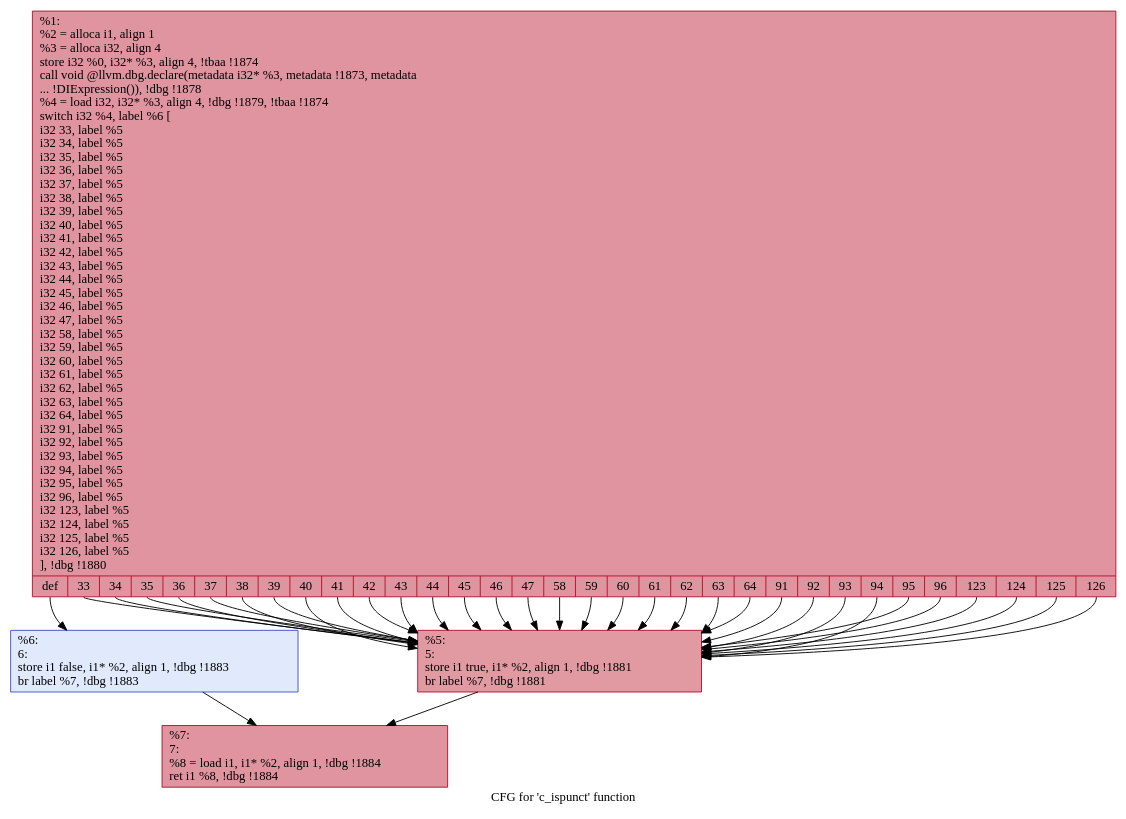
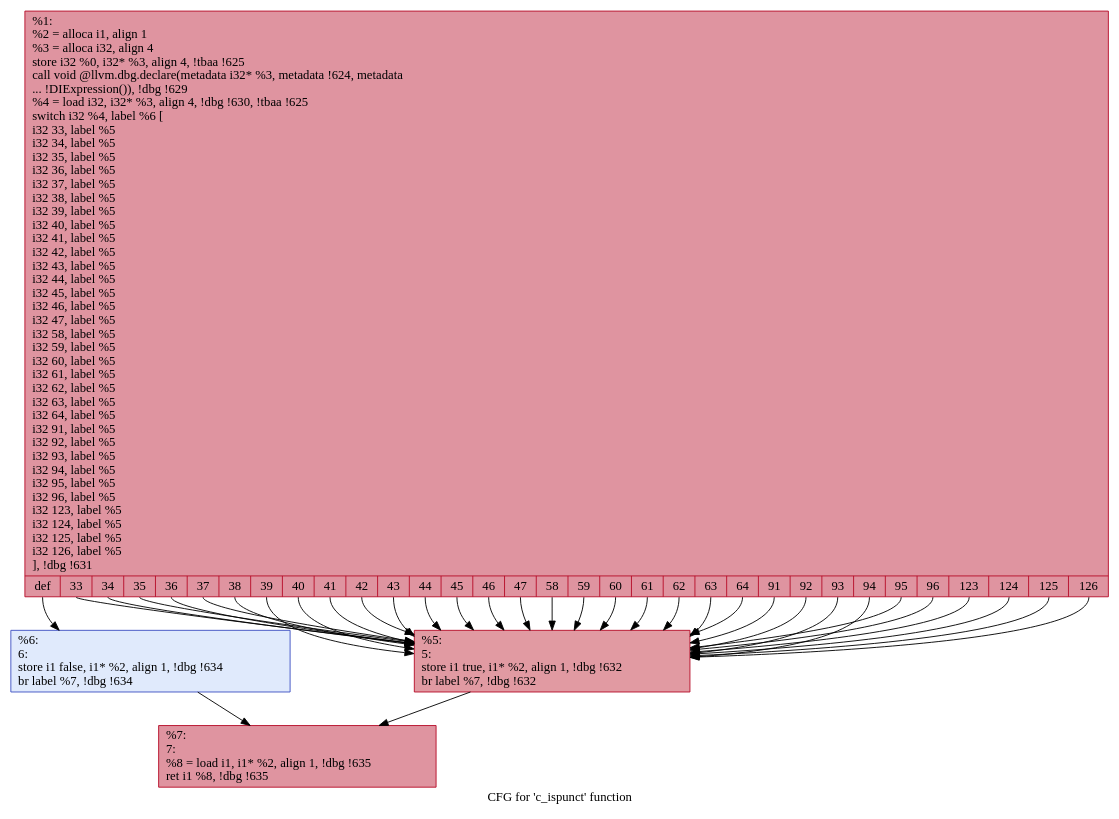
Before and after one commit to hmc-alpaqa/metrinome: the diagram in src/experiments/coreutils/.c_ispunct.dot, drawn with Graphviz. The commit also changed 490 other files, not shown here.

Commit message:
success graph simplifying on true.bc

```diff
--- a/src/experiments/coreutils/.c_ispunct.dot
+++ b/src/experiments/coreutils/.c_ispunct.dot
@@ -1,43 +1,43 @@
 digraph "CFG for 'c_ispunct' function" {
 	label="CFG for 'c_ispunct' function";
 
-	Node0xa04340 [shape=record,color="#b70d28ff", style=filled, fillcolor="#b70d2870",label="{%1:\l  %2 = alloca i1, align 1\l  %3 = alloca i32, align 4\l  store i32 %0, i32* %3, align 4, !tbaa !1874\l  call void @llvm.dbg.declare(metadata i32* %3, metadata !1873, metadata\l... !DIExpression()), !dbg !1878\l  %4 = load i32, i32* %3, align 4, !dbg !1879, !tbaa !1874\l  switch i32 %4, label %6 [\l    i32 33, label %5\l    i32 34, label %5\l    i32 35, label %5\l    i32 36, label %5\l    i32 37, label %5\l    i32 38, label %5\l    i32 39, label %5\l    i32 40, label %5\l    i32 41, label %5\l    i32 42, label %5\l    i32 43, label %5\l    i32 44, label %5\l    i32 45, label %5\l    i32 46, label %5\l    i32 47, label %5\l    i32 58, label %5\l    i32 59, label %5\l    i32 60, label %5\l    i32 61, label %5\l    i32 62, label %5\l    i32 63, label %5\l    i32 64, label %5\l    i32 91, label %5\l    i32 92, label %5\l    i32 93, label %5\l    i32 94, label %5\l    i32 95, label %5\l    i32 96, label %5\l    i32 123, label %5\l    i32 124, label %5\l    i32 125, label %5\l    i32 126, label %5\l  ], !dbg !1880\l|{<s0>def|<s1>33|<s2>34|<s3>35|<s4>36|<s5>37|<s6>38|<s7>39|<s8>40|<s9>41|<s10>42|<s11>43|<s12>44|<s13>45|<s14>46|<s15>47|<s16>58|<s17>59|<s18>60|<s19>61|<s20>62|<s21>63|<s22>64|<s23>91|<s24>92|<s25>93|<s26>94|<s27>95|<s28>96|<s29>123|<s30>124|<s31>125|<s32>126}}"];
-	Node0xa04340:s0 -> Node0xa021d0;
-	Node0xa04340:s1 -> Node0xa02180;
-	Node0xa04340:s2 -> Node0xa02180;
-	Node0xa04340:s3 -> Node0xa02180;
-	Node0xa04340:s4 -> Node0xa02180;
-	Node0xa04340:s5 -> Node0xa02180;
-	Node0xa04340:s6 -> Node0xa02180;
-	Node0xa04340:s7 -> Node0xa02180;
-	Node0xa04340:s8 -> Node0xa02180;
-	Node0xa04340:s9 -> Node0xa02180;
-	Node0xa04340:s10 -> Node0xa02180;
-	Node0xa04340:s11 -> Node0xa02180;
-	Node0xa04340:s12 -> Node0xa02180;
-	Node0xa04340:s13 -> Node0xa02180;
-	Node0xa04340:s14 -> Node0xa02180;
-	Node0xa04340:s15 -> Node0xa02180;
-	Node0xa04340:s16 -> Node0xa02180;
-	Node0xa04340:s17 -> Node0xa02180;
-	Node0xa04340:s18 -> Node0xa02180;
-	Node0xa04340:s19 -> Node0xa02180;
-	Node0xa04340:s20 -> Node0xa02180;
-	Node0xa04340:s21 -> Node0xa02180;
-	Node0xa04340:s22 -> Node0xa02180;
-	Node0xa04340:s23 -> Node0xa02180;
-	Node0xa04340:s24 -> Node0xa02180;
-	Node0xa04340:s25 -> Node0xa02180;
-	Node0xa04340:s26 -> Node0xa02180;
-	Node0xa04340:s27 -> Node0xa02180;
-	Node0xa04340:s28 -> Node0xa02180;
-	Node0xa04340:s29 -> Node0xa02180;
-	Node0xa04340:s30 -> Node0xa02180;
-	Node0xa04340:s31 -> Node0xa02180;
-	Node0xa04340:s32 -> Node0xa02180;
-	Node0xa02180 [shape=record,color="#b70d28ff", style=filled, fillcolor="#bb1b2c70",label="{%5:\l5:                                                \l  store i1 true, i1* %2, align 1, !dbg !1881\l  br label %7, !dbg !1881\l}"];
-	Node0xa02180 -> Node0xa02220;
-	Node0xa021d0 [shape=record,color="#3d50c3ff", style=filled, fillcolor="#b9d0f970",label="{%6:\l6:                                                \l  store i1 false, i1* %2, align 1, !dbg !1883\l  br label %7, !dbg !1883\l}"];
-	Node0xa021d0 -> Node0xa02220;
-	Node0xa02220 [shape=record,color="#b70d28ff", style=filled, fillcolor="#b70d2870",label="{%7:\l7:                                                \l  %8 = load i1, i1* %2, align 1, !dbg !1884\l  ret i1 %8, !dbg !1884\l}"];
+	Node0x1d90210 [shape=record,color="#b70d28ff", style=filled, fillcolor="#b70d2870",label="{%1:\l  %2 = alloca i1, align 1\l  %3 = alloca i32, align 4\l  store i32 %0, i32* %3, align 4, !tbaa !625\l  call void @llvm.dbg.declare(metadata i32* %3, metadata !624, metadata\l... !DIExpression()), !dbg !629\l  %4 = load i32, i32* %3, align 4, !dbg !630, !tbaa !625\l  switch i32 %4, label %6 [\l    i32 33, label %5\l    i32 34, label %5\l    i32 35, label %5\l    i32 36, label %5\l    i32 37, label %5\l    i32 38, label %5\l    i32 39, label %5\l    i32 40, label %5\l    i32 41, label %5\l    i32 42, label %5\l    i32 43, label %5\l    i32 44, label %5\l    i32 45, label %5\l    i32 46, label %5\l    i32 47, label %5\l    i32 58, label %5\l    i32 59, label %5\l    i32 60, label %5\l    i32 61, label %5\l    i32 62, label %5\l    i32 63, label %5\l    i32 64, label %5\l    i32 91, label %5\l    i32 92, label %5\l    i32 93, label %5\l    i32 94, label %5\l    i32 95, label %5\l    i32 96, label %5\l    i32 123, label %5\l    i32 124, label %5\l    i32 125, label %5\l    i32 126, label %5\l  ], !dbg !631\l|{<s0>def|<s1>33|<s2>34|<s3>35|<s4>36|<s5>37|<s6>38|<s7>39|<s8>40|<s9>41|<s10>42|<s11>43|<s12>44|<s13>45|<s14>46|<s15>47|<s16>58|<s17>59|<s18>60|<s19>61|<s20>62|<s21>63|<s22>64|<s23>91|<s24>92|<s25>93|<s26>94|<s27>95|<s28>96|<s29>123|<s30>124|<s31>125|<s32>126}}"];
+	Node0x1d90210:s0 -> Node0x1d8e0a0;
+	Node0x1d90210:s1 -> Node0x1d8e050;
+	Node0x1d90210:s2 -> Node0x1d8e050;
+	Node0x1d90210:s3 -> Node0x1d8e050;
+	Node0x1d90210:s4 -> Node0x1d8e050;
+	Node0x1d90210:s5 -> Node0x1d8e050;
+	Node0x1d90210:s6 -> Node0x1d8e050;
+	Node0x1d90210:s7 -> Node0x1d8e050;
+	Node0x1d90210:s8 -> Node0x1d8e050;
+	Node0x1d90210:s9 -> Node0x1d8e050;
+	Node0x1d90210:s10 -> Node0x1d8e050;
+	Node0x1d90210:s11 -> Node0x1d8e050;
+	Node0x1d90210:s12 -> Node0x1d8e050;
+	Node0x1d90210:s13 -> Node0x1d8e050;
+	Node0x1d90210:s14 -> Node0x1d8e050;
+	Node0x1d90210:s15 -> Node0x1d8e050;
+	Node0x1d90210:s16 -> Node0x1d8e050;
+	Node0x1d90210:s17 -> Node0x1d8e050;
+	Node0x1d90210:s18 -> Node0x1d8e050;
+	Node0x1d90210:s19 -> Node0x1d8e050;
+	Node0x1d90210:s20 -> Node0x1d8e050;
+	Node0x1d90210:s21 -> Node0x1d8e050;
+	Node0x1d90210:s22 -> Node0x1d8e050;
+	Node0x1d90210:s23 -> Node0x1d8e050;
+	Node0x1d90210:s24 -> Node0x1d8e050;
+	Node0x1d90210:s25 -> Node0x1d8e050;
+	Node0x1d90210:s26 -> Node0x1d8e050;
+	Node0x1d90210:s27 -> Node0x1d8e050;
+	Node0x1d90210:s28 -> Node0x1d8e050;
+	Node0x1d90210:s29 -> Node0x1d8e050;
+	Node0x1d90210:s30 -> Node0x1d8e050;
+	Node0x1d90210:s31 -> Node0x1d8e050;
+	Node0x1d90210:s32 -> Node0x1d8e050;
+	Node0x1d8e050 [shape=record,color="#b70d28ff", style=filled, fillcolor="#bb1b2c70",label="{%5:\l5:                                                \l  store i1 true, i1* %2, align 1, !dbg !632\l  br label %7, !dbg !632\l}"];
+	Node0x1d8e050 -> Node0x1d8e0f0;
+	Node0x1d8e0a0 [shape=record,color="#3d50c3ff", style=filled, fillcolor="#b9d0f970",label="{%6:\l6:                                                \l  store i1 false, i1* %2, align 1, !dbg !634\l  br label %7, !dbg !634\l}"];
+	Node0x1d8e0a0 -> Node0x1d8e0f0;
+	Node0x1d8e0f0 [shape=record,color="#b70d28ff", style=filled, fillcolor="#b70d2870",label="{%7:\l7:                                                \l  %8 = load i1, i1* %2, align 1, !dbg !635\l  ret i1 %8, !dbg !635\l}"];
 }
```
